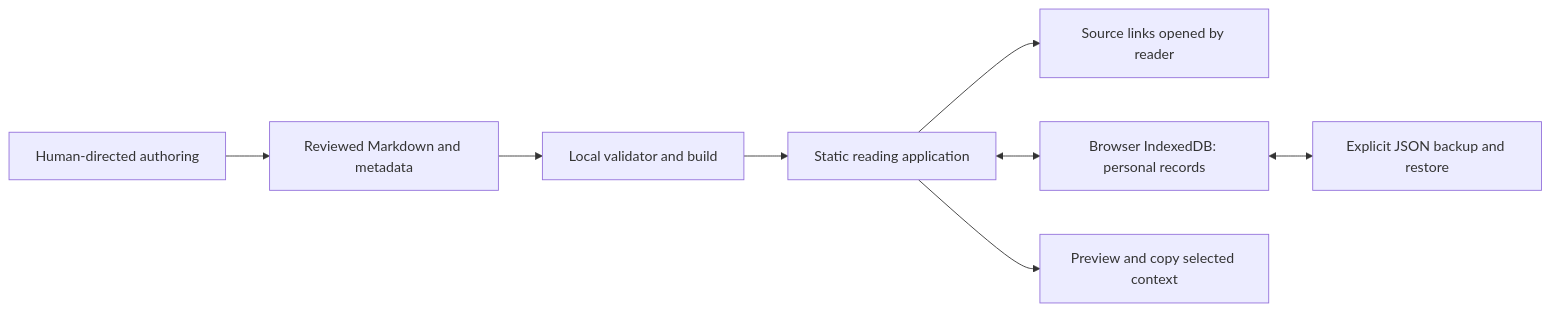
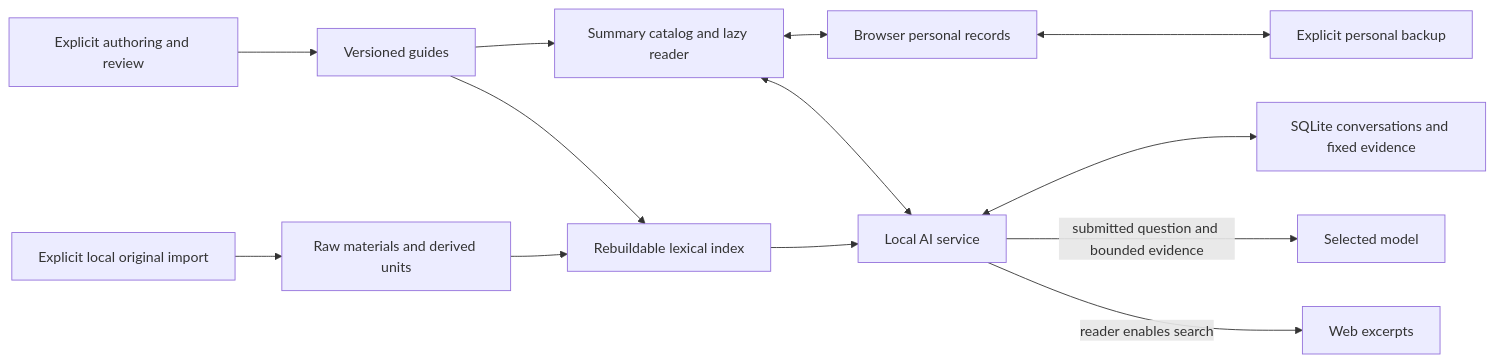
One commit to Ctrl1CandV/PaperDesk changed the diagram in docs/ARCHITECTURE.md. Above: the diagram before and after it, drawn with Mermaid. The commit also changed other lines of this file and 110 other files, not shown here.

````diff
--- a/docs/ARCHITECTURE.md
+++ b/docs/ARCHITECTURE.md
@@ -11,10 +26,15 @@
 ```mermaid
 flowchart LR
-  A[Human-directed authoring] --> B[Reviewed Markdown and metadata]
-  B --> C[Local validator and build]
-  C --> D[Static reading application]
-  D --> E[Source links opened by reader]
-  D <--> F[Browser IndexedDB: personal records]
-  F <--> G[Explicit JSON backup and restore]
-  D --> H[Preview and copy selected context]
+  A[Explicit authoring and review] --> B[Versioned guides]
+  B --> C[Summary catalog and lazy reader]
+  C <--> D[Browser personal records]
+  D <--> E[Explicit personal backup]
+  C <--> F[Local AI service]
+  G[Explicit local original import] --> H[Raw materials and derived units]
+  H --> I[Rebuildable lexical index]
+  B --> I
+  I --> F
+  F <--> J[SQLite conversations and fixed evidence]
+  F -->|submitted question and bounded evidence| K[Selected model]
+  F -->|reader enables search| L[Web excerpts]
 ```
````
